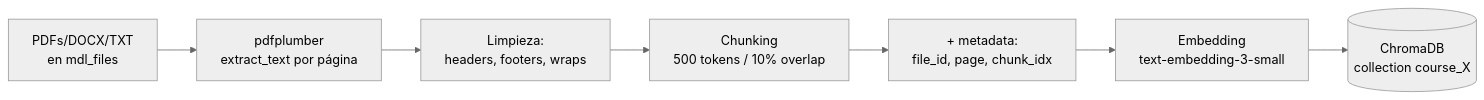
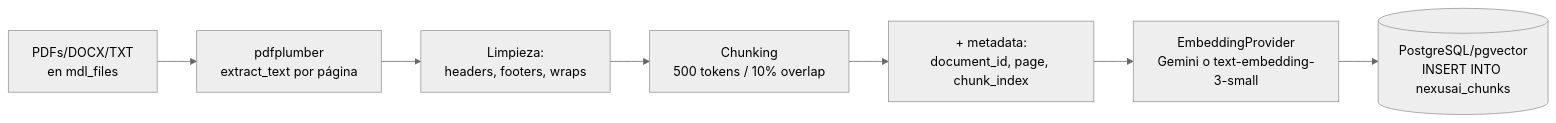
The third of 6 diagrams in NexusAI/docs/architecture.md (nexusai-ucc/nexusAI), drawn with Mermaid (neutral theme) before and after one commit. The commit also changed other lines of this file and 15 other files, not shown here.

````diff
--- a/NexusAI/docs/architecture.md
+++ b/NexusAI/docs/architecture.md
@@ -112,9 +123,9 @@
 ```mermaid
 flowchart LR
     PDF[PDFs/DOCX/TXT<br/>en mdl_files] --> EXT[pdfplumber<br/>extract_text por página]
     EXT --> CLEAN[Limpieza:<br/>headers, footers, wraps]
     CLEAN --> CHUNK[Chunking<br/>500 tokens / 10% overlap]
-    CHUNK --> META[+ metadata:<br/>file_id, page, chunk_idx]
-    META --> EMB[Embedding<br/>text-embedding-3-small]
-    EMB --> STORE[(ChromaDB<br/>collection course_X)]
+    CHUNK --> META[+ metadata:<br/>document_id, page, chunk_index]
+    META --> EMB[EmbeddingProvider<br/>Gemini o text-embedding-3-small]
+    EMB --> STORE[(PostgreSQL/pgvector<br/>INSERT INTO nexusai_chunks)]
 ```
````
